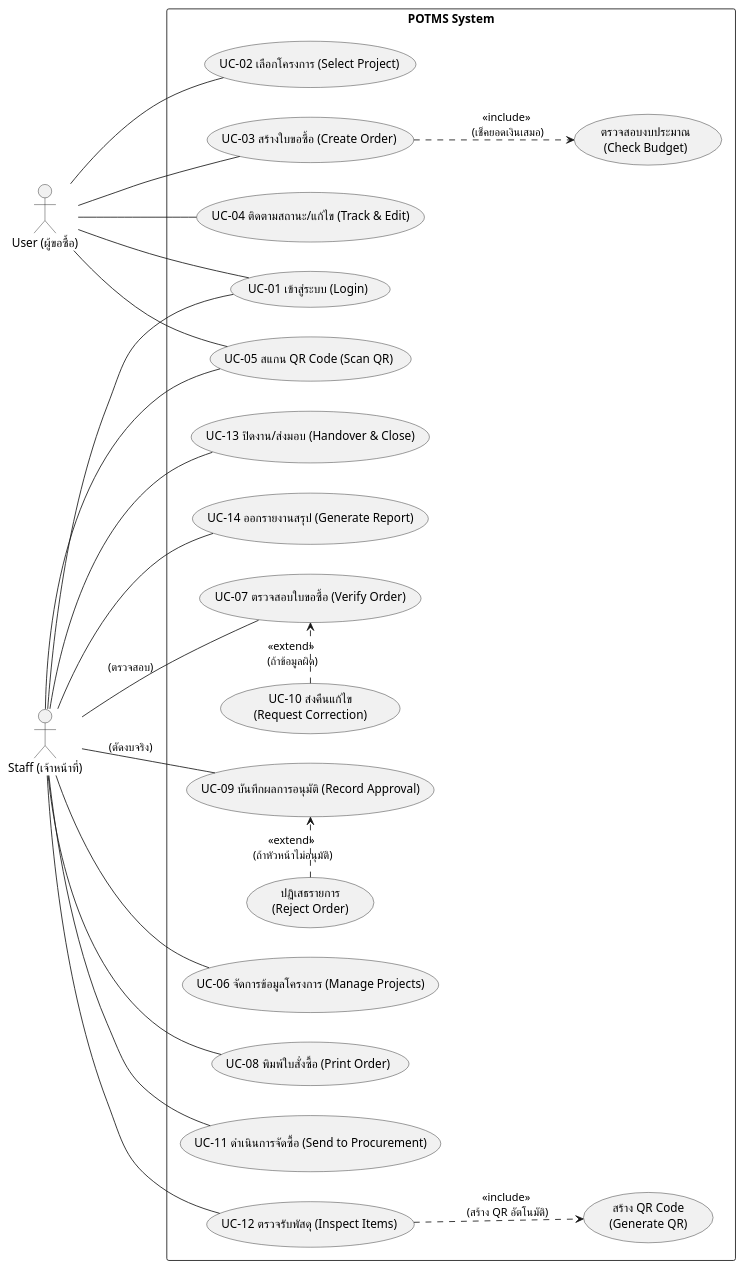
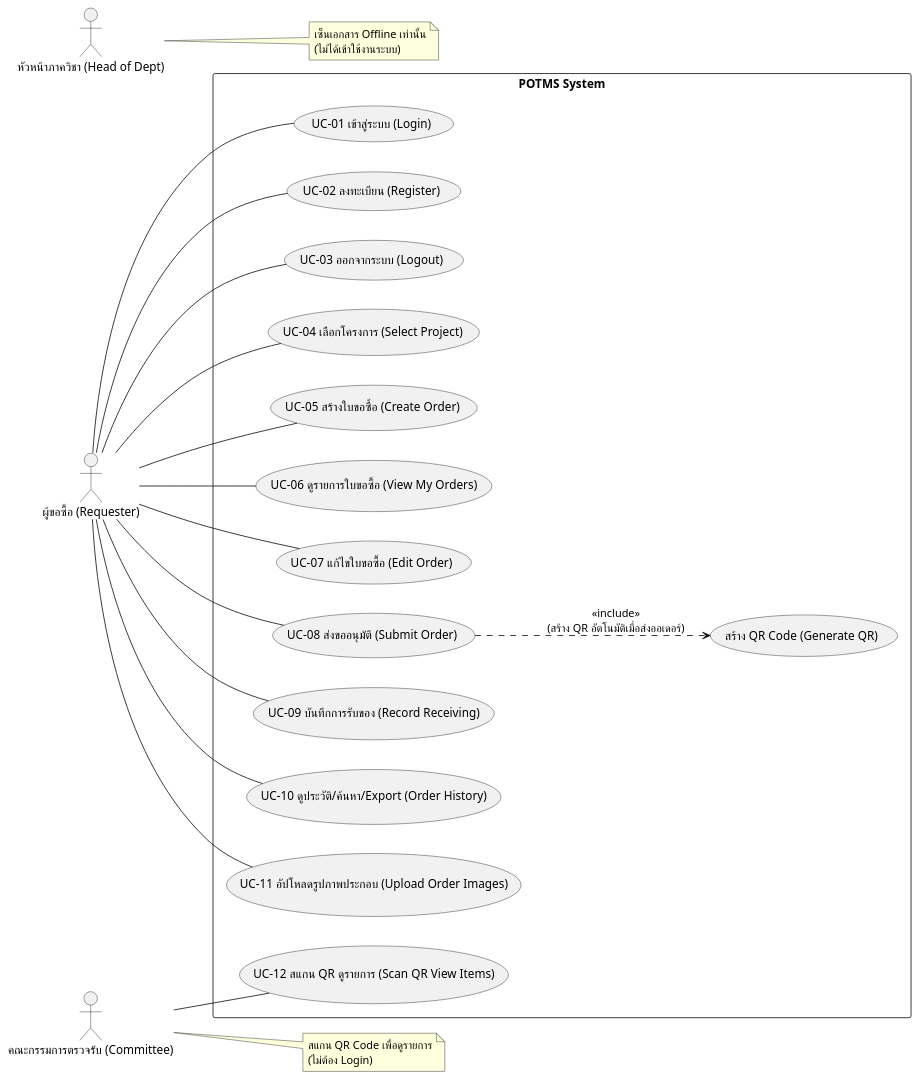
The diagram in Diagram/usecase.puml (Thavizup-Deesan/DSSI-PROJECT-2568), drawn with PlantUML before and after one commit. The commit also changed 5 other files, not shown here.

```diff
--- a/Diagram/usecase.puml
+++ b/Diagram/usecase.puml
@@ -1,66 +1,63 @@
 @startuml
 left to right direction
 skinparam packageStyle rectangle
 
-actor "User (ผู้ขอซื้อ)" as User
-actor "Staff (เจ้าหน้าที่)" as Staff
+' === Actors ===
+actor "ผู้ขอซื้อ (Requester)" as User
+actor "หัวหน้าภาควิชา (Head of Dept)" as Boss
+actor "คณะกรรมการตรวจรับ (Committee)" as Committee
+
+' Note for Offline Roles
+note right of Boss : เซ็นเอกสาร Offline เท่านั้น\n(ไม่ได้เข้าใช้งานระบบ)
+note right of Committee : สแกน QR Code เพื่อดูรายการ\n(ไม่ต้อง Login)
 
 package "POTMS System" {
-    ' --- Authentication ---
+    ' === Authentication ===
     usecase "UC-01 เข้าสู่ระบบ (Login)" as UC01
+    usecase "UC-02 ลงทะเบียน (Register)" as UC02
+    usecase "UC-03 ออกจากระบบ (Logout)" as UC03
     
-    ' --- User Actions ---
-    usecase "UC-02 เลือกโครงการ (Select Project)" as UC02
-    usecase "UC-03 สร้างใบขอซื้อ (Create Order)" as UC03
-    usecase "UC-04 ติดตามสถานะ/แก้ไข (Track & Edit)" as UC04
-    usecase "UC-05 สแกน QR Code (Scan QR)" as UC05
-
-    ' --- Staff Actions ---
-    usecase "UC-06 จัดการข้อมูลโครงการ (Manage Projects)" as UC06
-    usecase "UC-07 ตรวจสอบใบขอซื้อ (Verify Order)" as UC07
-    usecase "UC-08 พิมพ์ใบสั่งซื้อ (Print Order)" as UC08
-    usecase "UC-09 บันทึกผลการอนุมัติ (Record Approval)" as UC09
-    usecase "UC-11 ดำเนินการจัดซื้อ (Send to Procurement)" as UC11
-    usecase "UC-12 ตรวจรับพัสดุ (Inspect Items)" as UC12
-    usecase "UC-13 ปิดงาน/ส่งมอบ (Handover & Close)" as UC13
-    usecase "UC-14 ออกรายงานสรุป (Generate Report)" as UC14
-
-    ' --- System Internal Processes (Included/Extended) ---
-    usecase "ตรวจสอบงบประมาณ\n(Check Budget)" as UC_CheckBudget
-    usecase "สร้าง QR Code\n(Generate QR)" as UC_GenQR
-    usecase "UC-10 ส่งคืนแก้ไข\n(Request Correction)" as UC10
-    usecase "ปฏิเสธรายการ\n(Reject Order)" as UC_Reject
+    ' === User Actions (Requester) ===
+    usecase "UC-04 เลือกโครงการ (Select Project)" as UC04
+    usecase "UC-05 สร้างใบขอซื้อ (Create Order)" as UC05
+    usecase "UC-06 ดูรายการใบขอซื้อ (View My Orders)" as UC06
+    usecase "UC-07 แก้ไขใบขอซื้อ (Edit Order)" as UC07
+    usecase "UC-08 ส่งขออนุมัติ (Submit Order)" as UC08
+    usecase "UC-09 บันทึกการรับของ (Record Receiving)" as UC09
+    usecase "UC-10 ดูประวัติ/ค้นหา/Export (Order History)" as UC10
+    usecase "UC-11 อัปโหลดรูปภาพประกอบ (Upload Order Images)" as UC11
+    
+    ' === Committee Actions ===
+    usecase "UC-12 สแกน QR ดูรายการ (Scan QR View Items)" as UC12
+    
+    ' === System Processes ===
+    usecase "สร้าง QR Code (Generate QR)" as UC_GenQR
 }
 
-' --- Relationships ---
+' === Relationships ===
 
-' Auth
+' Authentication (Requester Only)
 User -- UC01
-Staff -- UC01
-
-' User Flow
 User -- UC02
 User -- UC03
+
+' User Flow (Requester)
 User -- UC04
 User -- UC05
+User -- UC06
+User -- UC07
+User -- UC08
+User -- UC09
+User -- UC10
+User -- UC11
 
-' ** Include Relationships **
-UC03 ..> UC_CheckBudget : <<include>> \n(เช็คยอดเงินเสมอ)
-UC12 ..> UC_GenQR : <<include>> \n(สร้าง QR อัตโนมัติ)
+' Committee Flow (No Login, just Scan)
+Committee -- UC12
 
-' Staff Flow
-Staff -- UC05
-Staff -- UC06
-Staff -- UC07 : (ตรวจสอบ)
-Staff -- UC08
-Staff -- UC09 : (ตัดงบจริง)
-Staff -- UC11
-Staff -- UC12
-Staff -- UC13
-Staff -- UC14
+' Offline interactions (representation only, no system link)
+' Boss has no direct link to system use cases as per requirement
 
-' ** Extend Relationships **
-UC10 .> UC07 : <<extend>> \n(ถ้าข้อมูลผิด)
-UC_Reject .> UC09 : <<extend>> \n(ถ้าหัวหน้าไม่อนุมัติ)
+' Include Relationships
+UC08 ..> UC_GenQR : <<include>>\n(สร้าง QR อัตโนมัติเมื่อส่งออเดอร์)
 
 @enduml
```
